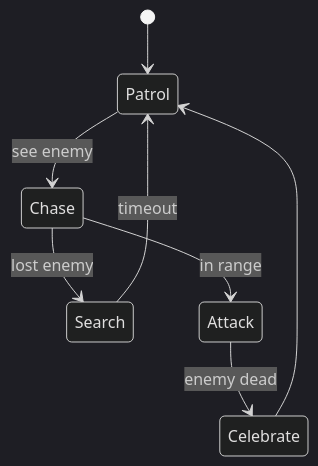
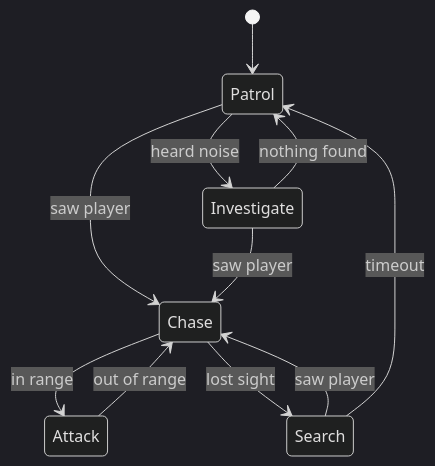
The second of 8 diagrams in github-pages/docs/ai-ml/game-ai.md (AndrewAltimit/Documentation), drawn with Mermaid (dark theme) before and after one commit. The commit also changed other lines of this file and 240 other files, not shown here.

````diff
--- a/github-pages/docs/ai-ml/game-ai.md
+++ b/github-pages/docs/ai-ml/game-ai.md
@@ -207,10 +119,13 @@
 ```mermaid
 stateDiagram-v2
     [*] --> Patrol
-    Patrol --> Chase: see enemy
-    Chase --> Search: lost enemy
+    Patrol --> Investigate: heard noise
+    Investigate --> Patrol: nothing found
+    Patrol --> Chase: saw player
+    Investigate --> Chase: saw player
+    Chase --> Attack: in range
+    Attack --> Chase: out of range
+    Chase --> Search: lost sight
+    Search --> Chase: saw player
     Search --> Patrol: timeout
-    Chase --> Attack: in range
-    Attack --> Celebrate: enemy dead
-    Celebrate --> Patrol
 ```
````
